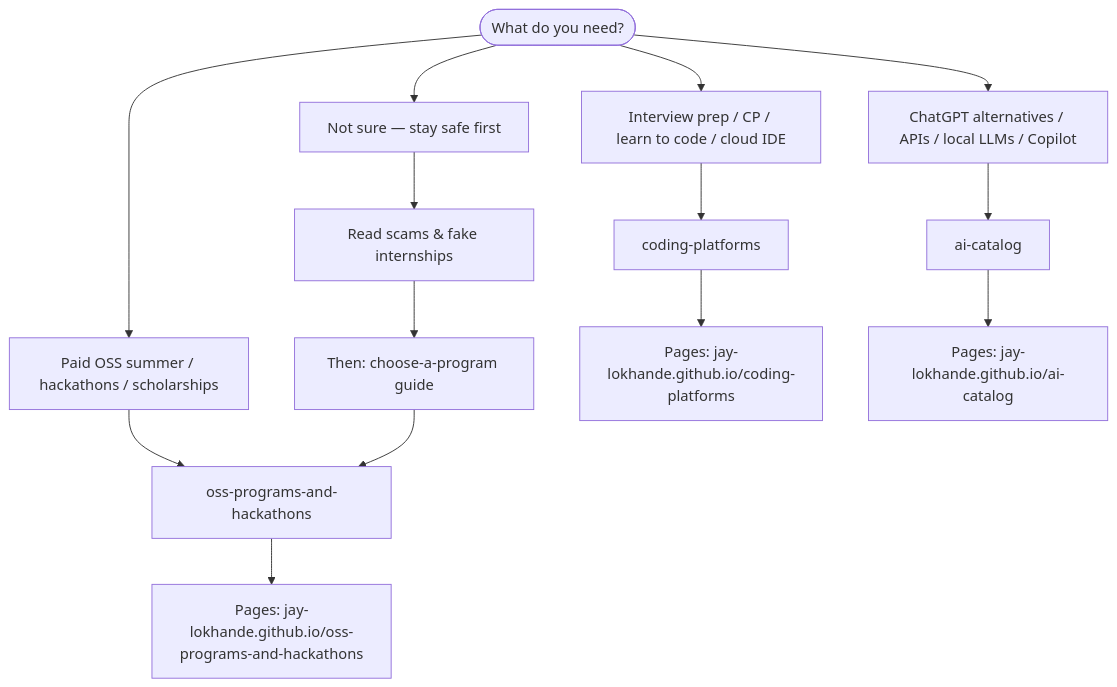
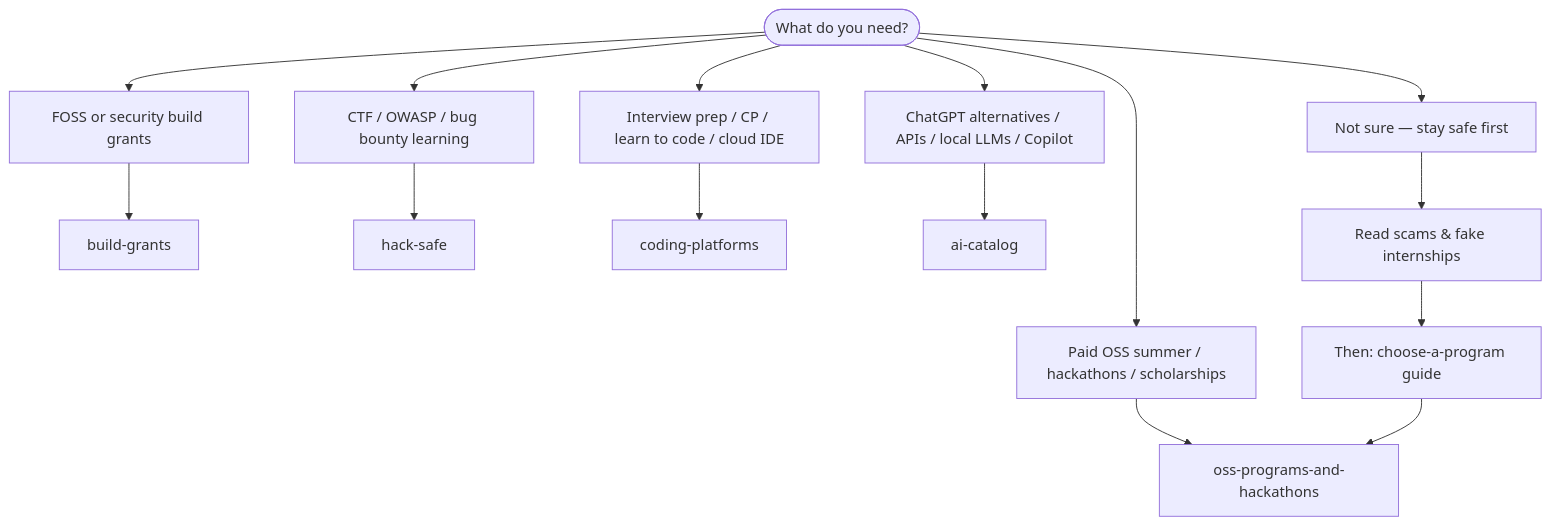
Before and after one commit to Jay-Lokhande/student-dev-catalogs: the diagram in README.md, drawn with Mermaid. The commit also changed other lines of this file and 1 other file, not shown here.

Commit message:
Add build-grants and hack-safe sister catalogs.

````diff
--- a/README.md
+++ b/README.md
@@ -15,19 +15,19 @@
 ```mermaid
 flowchart TD
   start([What do you need?])
   start --> oss[Paid OSS summer / hackathons / scholarships]
+  start --> grants[FOSS or security build grants]
+  start --> sec[CTF / OWASP / bug bounty learning]
   start --> code[Interview prep / CP / learn to code / cloud IDE]
   start --> ai[ChatGPT alternatives / APIs / local LLMs / Copilot]
   start --> safe[Not sure — stay safe first]
 
   oss --> ossRepo[oss-programs-and-hackathons]
+  grants --> grantsRepo[build-grants]
+  sec --> secRepo[hack-safe]
   code --> codeRepo[coding-platforms]
   ai --> aiRepo[ai-catalog]
   safe --> scam[Read scams & fake internships]
   scam --> choose[Then: choose-a-program guide]
   choose --> ossRepo
-
-  ossRepo --> pagesOss[Pages: jay-lokhande.github.io/oss-programs-and-hackathons]
-  codeRepo --> pagesCode[Pages: jay-lokhande.github.io/coding-platforms]
-  aiRepo --> pagesAi[Pages: jay-lokhande.github.io/ai-catalog]
 ```
````
